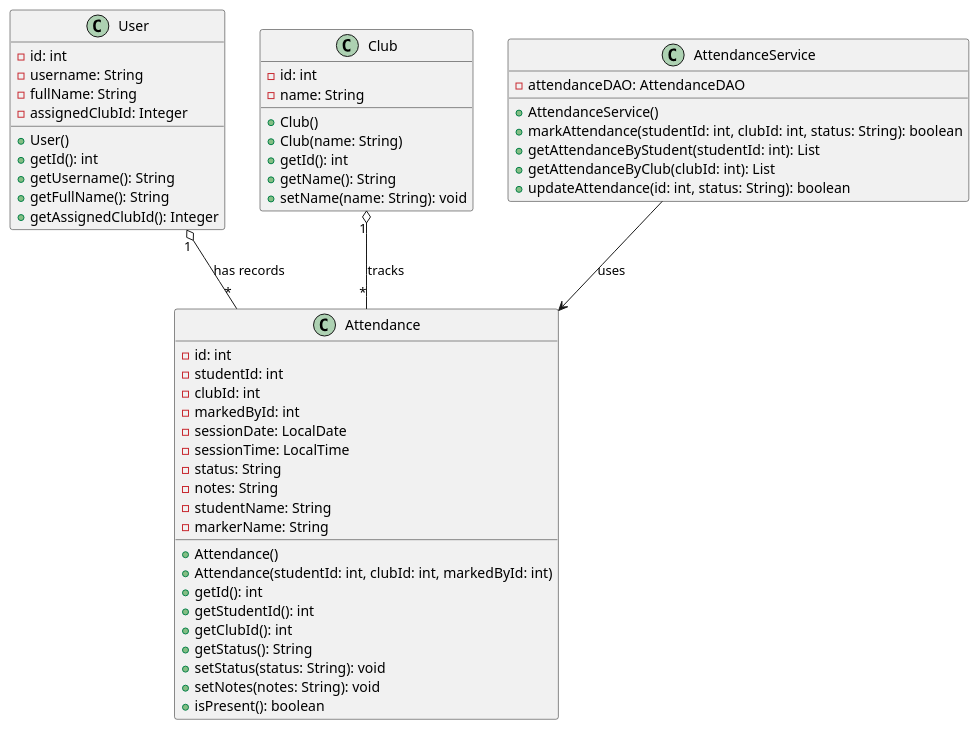
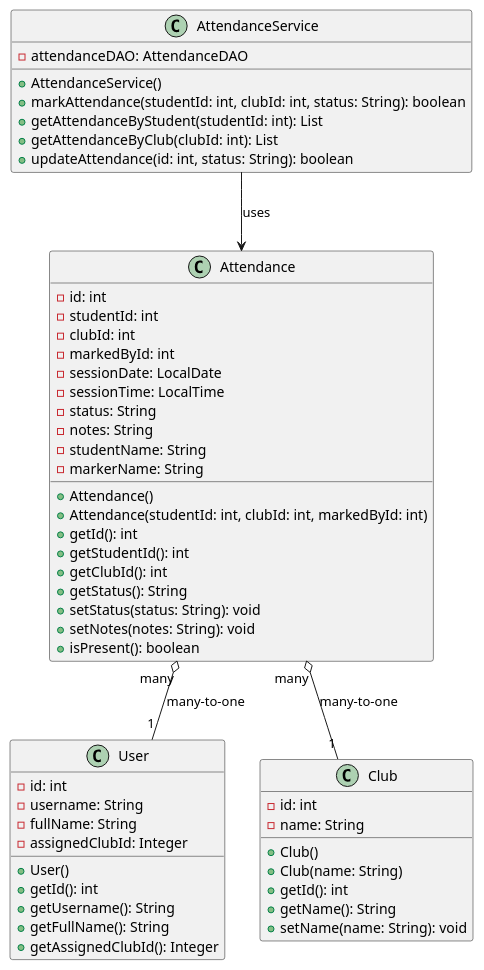
The diagram in club-management-system/attendance-system-diagram.puml (hybr/iacm), drawn with PlantUML before and after one commit. The commit also changed 2 other files, not shown here.

```diff
--- a/club-management-system/attendance-system-diagram.puml
+++ b/club-management-system/attendance-system-diagram.puml
@@ -1,60 +1,60 @@
 @startuml Attendance System
 
 class Attendance {
   - id: int
   - studentId: int
   - clubId: int
   - markedById: int
   - sessionDate: LocalDate
   - sessionTime: LocalTime
   - status: String
   - notes: String
   - studentName: String
   - markerName: String
   + Attendance()
   + Attendance(studentId: int, clubId: int, markedById: int)
   + getId(): int
   + getStudentId(): int
   + getClubId(): int
   + getStatus(): String
   + setStatus(status: String): void
   + setNotes(notes: String): void
   + isPresent(): boolean
 }
 
 class User {
   - id: int
   - username: String
   - fullName: String
   - assignedClubId: Integer
   + User()
   + getId(): int
   + getUsername(): String
   + getFullName(): String
   + getAssignedClubId(): Integer
 }
 
 class Club {
   - id: int
   - name: String
   + Club()
   + Club(name: String)
   + getId(): int
   + getName(): String
   + setName(name: String): void
 }
 
 class AttendanceService {
   - attendanceDAO: AttendanceDAO
   + AttendanceService()
   + markAttendance(studentId: int, clubId: int, status: String): boolean
   + getAttendanceByStudent(studentId: int): List
   + getAttendanceByClub(clubId: int): List
   + updateAttendance(id: int, status: String): boolean
 }
 
-Club "1" o-- "*" Attendance : tracks
-User "1" o-- "*" Attendance : has records
+Attendance "many" o-- "1" Club : many-to-one
+Attendance "many" o-- "1" User : many-to-one
 AttendanceService --> Attendance : uses
 
 @enduml
```
